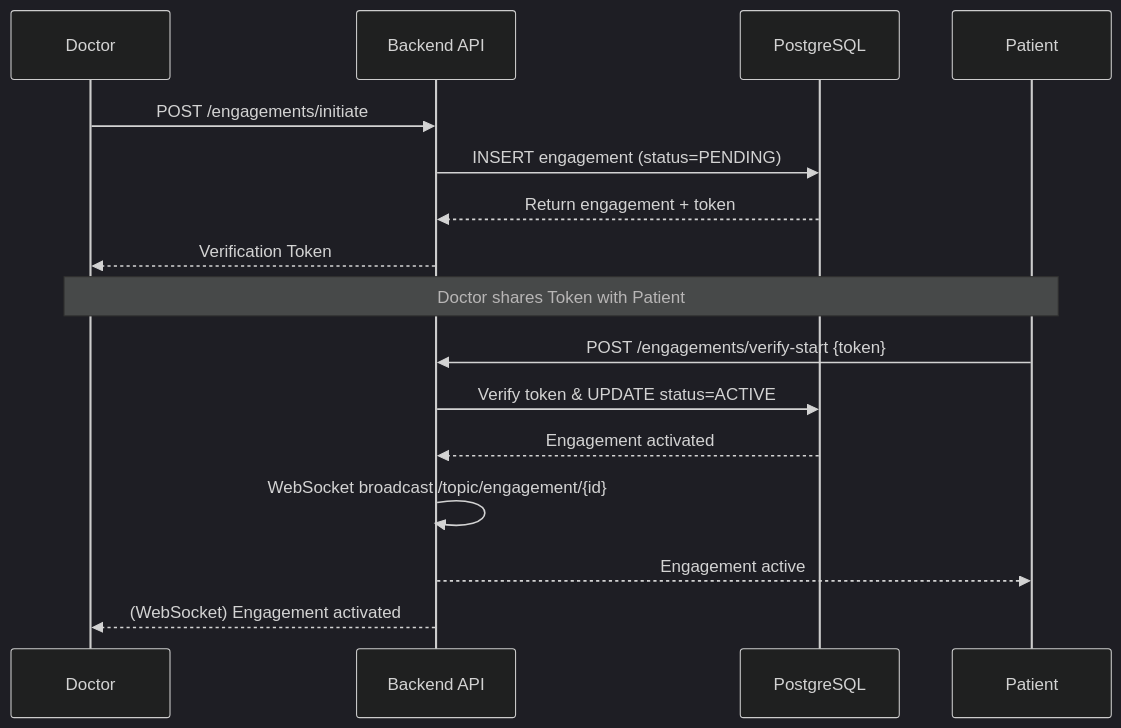
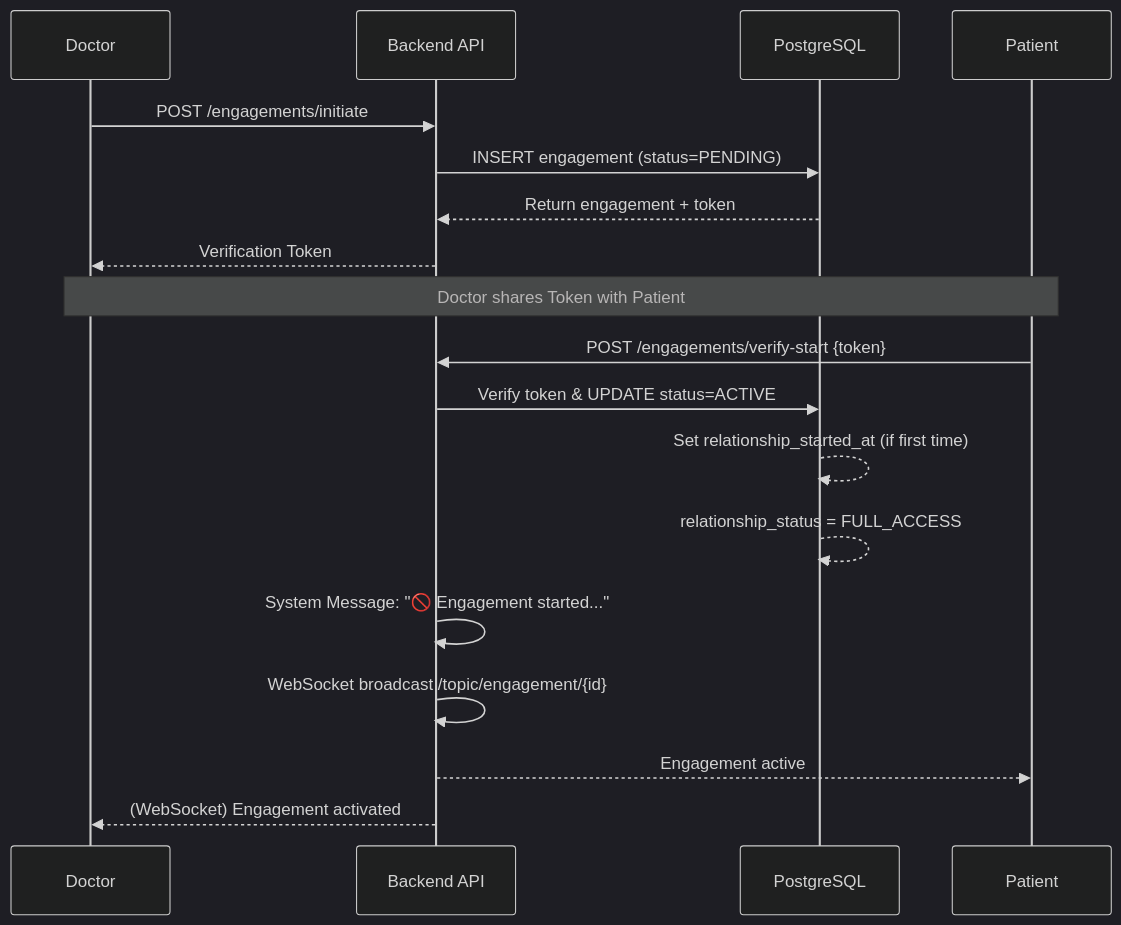
The first of 4 diagrams in backend/backend/README.md (Abdallah-A-Raafat/Nuralhealer), drawn with Mermaid (dark theme) before and after one commit. The commit also changed other lines of this file and 5 other files, not shown here.

````diff
--- a/backend/backend/README.md
+++ b/backend/backend/README.md
@@ -97,21 +97,23 @@
 ```mermaid
 sequenceDiagram
     participant D as Doctor
     participant API as Backend API
     participant DB as PostgreSQL
     participant P as Patient
 
     D->>API: POST /engagements/initiate
     API->>DB: INSERT engagement (status=PENDING)
     DB-->>API: Return engagement + token
     API-->>D: Verification Token
     
     Note over D,P: Doctor shares Token with Patient
     
     P->>API: POST /engagements/verify-start {token}
     API->>DB: Verify token & UPDATE status=ACTIVE
-    DB-->>API: Engagement activated
+    DB-->>DB: Set relationship_started_at (if first time)
+    DB-->>DB: relationship_status = FULL_ACCESS
+    API->>API: System Message: "🚫 Engagement started..."
     API->>API: WebSocket broadcast /topic/engagement/{id}
     API-->>P: Engagement active
     API-->>D: (WebSocket) Engagement activated
 ```
````
